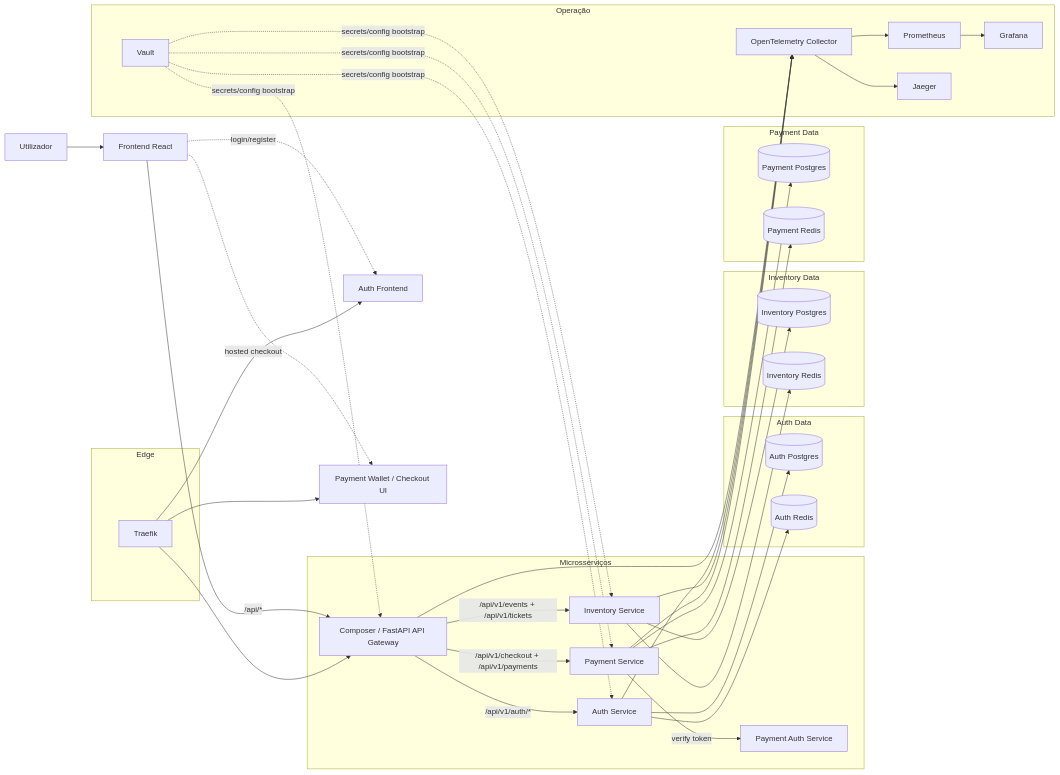
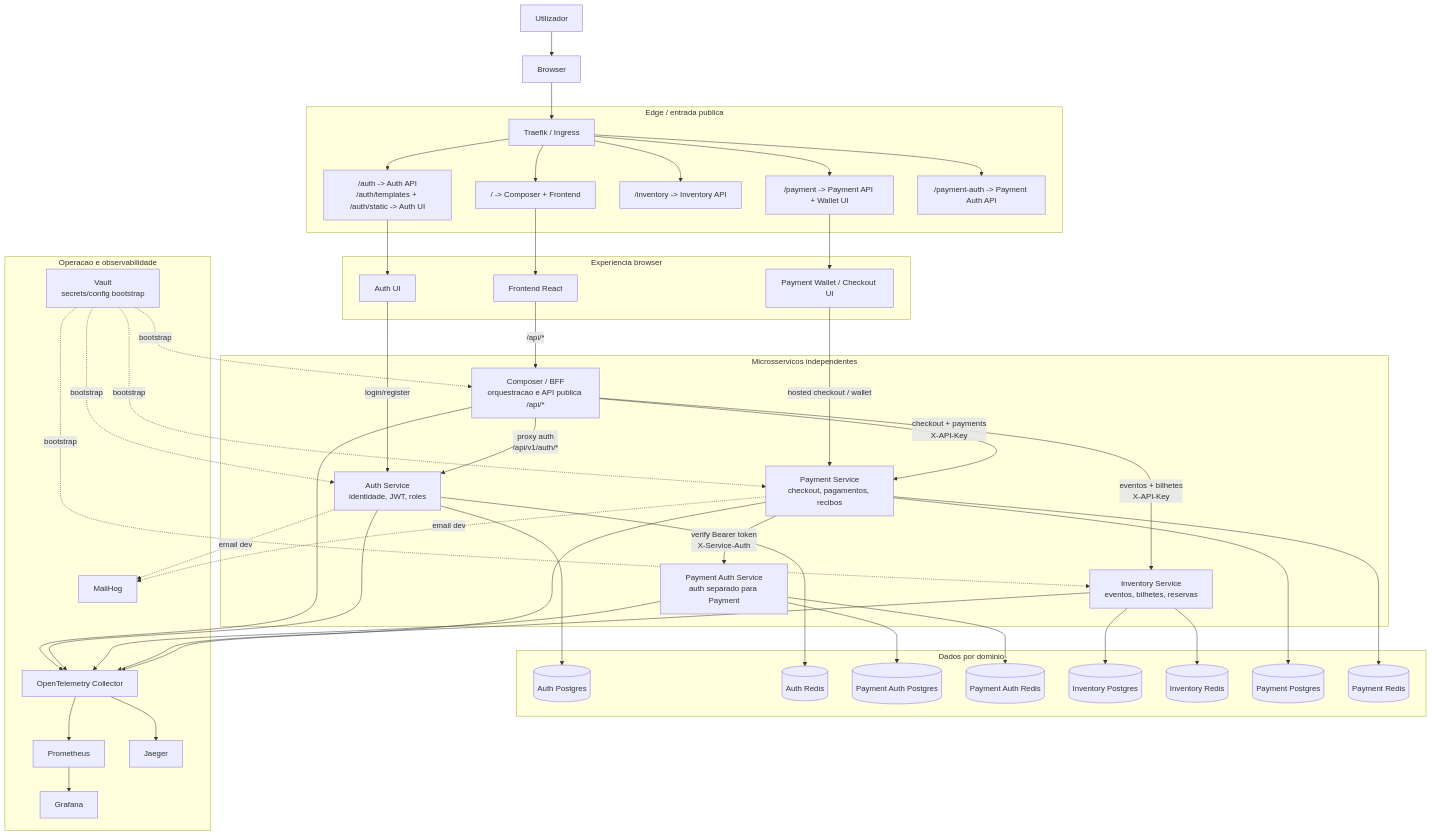
Before and after one commit to andrealex50/composer-egs: the diagram in presentacao/diagrama-arquitectura.md, drawn with Mermaid. The commit also changed 2 other files, not shown here.

Commit message:
docs: balance presentation architecture diagrams

````diff
--- a/presentacao/diagrama-arquitectura.md
+++ b/presentacao/diagrama-arquitectura.md
@@ -3,70 +3,91 @@
 ```mermaid
-flowchart LR
-    USER[Utilizador] --> FE[Frontend React]
-    FE -->|/api/*| COMPOSER[Composer / FastAPI API Gateway]
-    FE -. login/register .-> AUTH_UI[Auth Frontend]
-    FE -. hosted checkout .-> PAY_UI[Payment Wallet / Checkout UI]
+flowchart TB
+    USER["Utilizador"] --> BROWSER["Browser"]
 
-    subgraph EDGE[Edge]
-        TRAEFIK[Traefik]
+    subgraph EDGE["Edge / entrada publica"]
+        TRAEFIK["Traefik / Ingress"]
+        ROOT["/ -> Composer + Frontend"]
+        AUTH_PUBLIC["/auth -> Auth API<br/>/auth/templates + /auth/static -> Auth UI"]
+        INV_PUBLIC["/inventory -> Inventory API"]
+        PAY_PUBLIC["/payment -> Payment API + Wallet UI"]
+        PAY_AUTH_PUBLIC["/payment-auth -> Payment Auth API"]
     end
 
-    TRAEFIK --> COMPOSER
-    TRAEFIK --> AUTH_UI
-    TRAEFIK --> PAY_UI
+    BROWSER --> TRAEFIK
+    TRAEFIK --> ROOT
+    TRAEFIK --> AUTH_PUBLIC
+    TRAEFIK --> INV_PUBLIC
+    TRAEFIK --> PAY_PUBLIC
+    TRAEFIK --> PAY_AUTH_PUBLIC
 
-    subgraph SERVICES[Microsserviços]
-        COMPOSER
-        AUTH[Auth Service]
-        INVENTORY[Inventory Service]
-        PAYMENT[Payment Service]
-        PAYMENT_AUTH[Payment Auth Service]
+    subgraph FRONTEND["Experiencia browser"]
+        FE["Frontend React"]
+        AUTH_UI["Auth UI"]
+        PAY_UI["Payment Wallet / Checkout UI"]
     end
 
-    COMPOSER -->|/api/v1/auth/*| AUTH
-    COMPOSER -->|/api/v1/events + /api/v1/tickets| INVENTORY
-    COMPOSER -->|/api/v1/checkout + /api/v1/payments| PAYMENT
-    PAYMENT -->|verify token| PAYMENT_AUTH
+    ROOT --> FE
+    AUTH_PUBLIC --> AUTH_UI
+    PAY_PUBLIC --> PAY_UI
 
-    subgraph AUTH_DATA[Auth Data]
-        AUTH_DB[(Auth Postgres)]
-        AUTH_REDIS[(Auth Redis)]
+    subgraph SERVICES["Microsservicos independentes"]
+        COMPOSER["Composer / BFF<br/>orquestracao e API publica /api/*"]
+        AUTH["Auth Service<br/>identidade, JWT, roles"]
+        INVENTORY["Inventory Service<br/>eventos, bilhetes, reservas"]
+        PAYMENT["Payment Service<br/>checkout, pagamentos, recibos"]
+        PAYMENT_AUTH["Payment Auth Service<br/>auth separado para Payment"]
     end
 
-    subgraph INV_DATA[Inventory Data]
-        INV_DB[(Inventory Postgres)]
-        INV_REDIS[(Inventory Redis)]
-    end
+    FE -->|"/api/*"| COMPOSER
+    AUTH_UI -->|"login/register"| AUTH
+    PAY_UI -->|"hosted checkout / wallet"| PAYMENT
 
-    subgraph PAY_DATA[Payment Data]
-        PAY_DB[(Payment Postgres)]
-        PAY_REDIS[(Payment Redis)]
+    COMPOSER -->|"proxy auth<br/>/api/v1/auth/*"| AUTH
+    COMPOSER -->|"eventos + bilhetes<br/>X-API-Key"| INVENTORY
+    COMPOSER -->|"checkout + payments<br/>X-API-Key"| PAYMENT
+    PAYMENT -->|"verify Bearer token<br/>X-Service-Auth"| PAYMENT_AUTH
+
+    subgraph DATA["Dados por dominio"]
+        AUTH_DB[("Auth Postgres")]
+        AUTH_REDIS[("Auth Redis")]
+        PAUTH_DB[("Payment Auth Postgres")]
+        PAUTH_REDIS[("Payment Auth Redis")]
+        INV_DB[("Inventory Postgres")]
+        INV_REDIS[("Inventory Redis")]
+        PAY_DB[("Payment Postgres")]
+        PAY_REDIS[("Payment Redis")]
     end
 
     AUTH --> AUTH_DB
     AUTH --> AUTH_REDIS
+    PAYMENT_AUTH --> PAUTH_DB
+    PAYMENT_AUTH --> PAUTH_REDIS
     INVENTORY --> INV_DB
     INVENTORY --> INV_REDIS
     PAYMENT --> PAY_DB
     PAYMENT --> PAY_REDIS
 
-    subgraph OPS[Operação]
-        VAULT[Vault]
-        OTEL[OpenTelemetry Collector]
-        PROM[Prometheus]
-        GRAF[Grafana]
-        JAEGER[Jaeger]
+    subgraph OPS["Operacao e observabilidade"]
+        VAULT["Vault<br/>secrets/config bootstrap"]
+        OTEL["OpenTelemetry Collector"]
+        PROM["Prometheus"]
+        GRAF["Grafana"]
+        JAEGER["Jaeger"]
+        MAIL["MailHog"]
     end
 
-    VAULT -. secrets/config bootstrap .-> COMPOSER
-    VAULT -. secrets/config bootstrap .-> AUTH
-    VAULT -. secrets/config bootstrap .-> INVENTORY
-    VAULT -. secrets/config bootstrap .-> PAYMENT
+    VAULT -. bootstrap .-> COMPOSER
+    VAULT -. bootstrap .-> AUTH
+    VAULT -. bootstrap .-> INVENTORY
+    VAULT -. bootstrap .-> PAYMENT
     COMPOSER --> OTEL
     AUTH --> OTEL
+    PAYMENT_AUTH --> OTEL
     INVENTORY --> OTEL
     PAYMENT --> OTEL
     OTEL --> PROM
     OTEL --> JAEGER
     PROM --> GRAF
+    AUTH -. email dev .-> MAIL
+    PAYMENT -. email dev .-> MAIL
 ```
````
